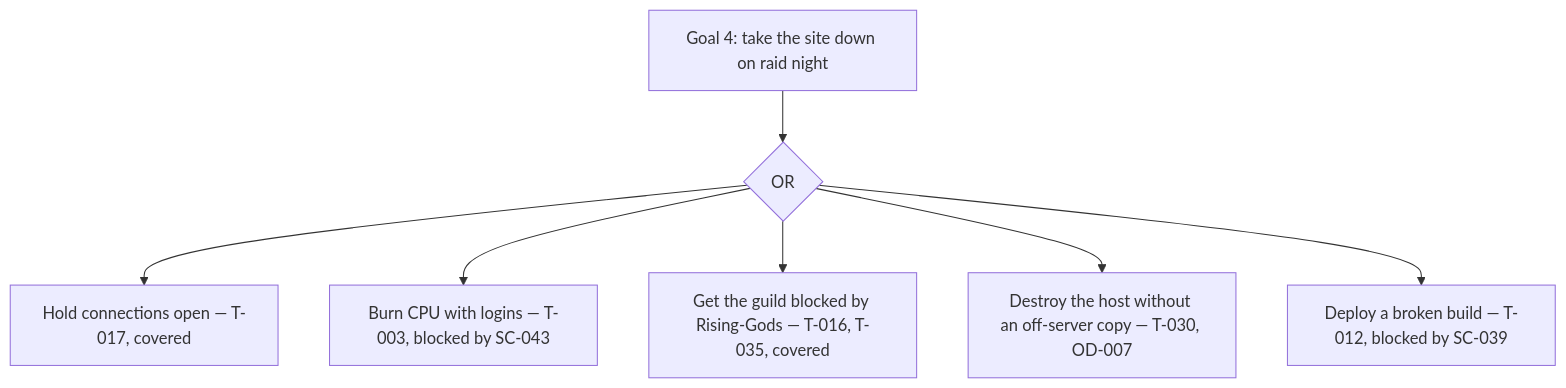
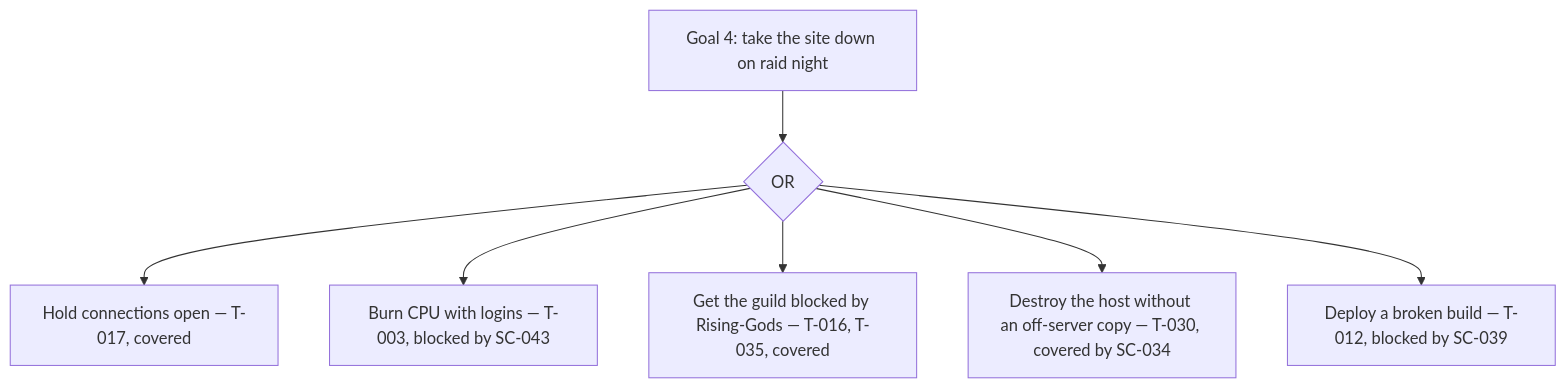
The fourth of 6 diagrams in THREAT_MODEL.md (robinschweitz/raid-website), drawn with Mermaid before and after one commit. The commit also changed other lines of this file and 12 other files, not shown here.

First line of the commit message:
feat: copy encrypted backups off the server daily (#109)

````diff
--- a/THREAT_MODEL.md
+++ b/THREAT_MODEL.md
@@ -480,9 +481,9 @@
 ```mermaid
 flowchart TD
   G4["Goal 4: take the site down on raid night"] --> O{OR}
   O --> D1["Hold connections open — T-017, covered"]
   O --> D2["Burn CPU with logins — T-003, blocked by SC-043"]
   O --> D3["Get the guild blocked by Rising-Gods — T-016, T-035, covered"]
-  O --> D4["Destroy the host without an off-server copy — T-030, OD-007"]
+  O --> D4["Destroy the host without an off-server copy — T-030, covered by SC-034"]
   O --> D5["Deploy a broken build — T-012, blocked by SC-039"]
 ```
````
